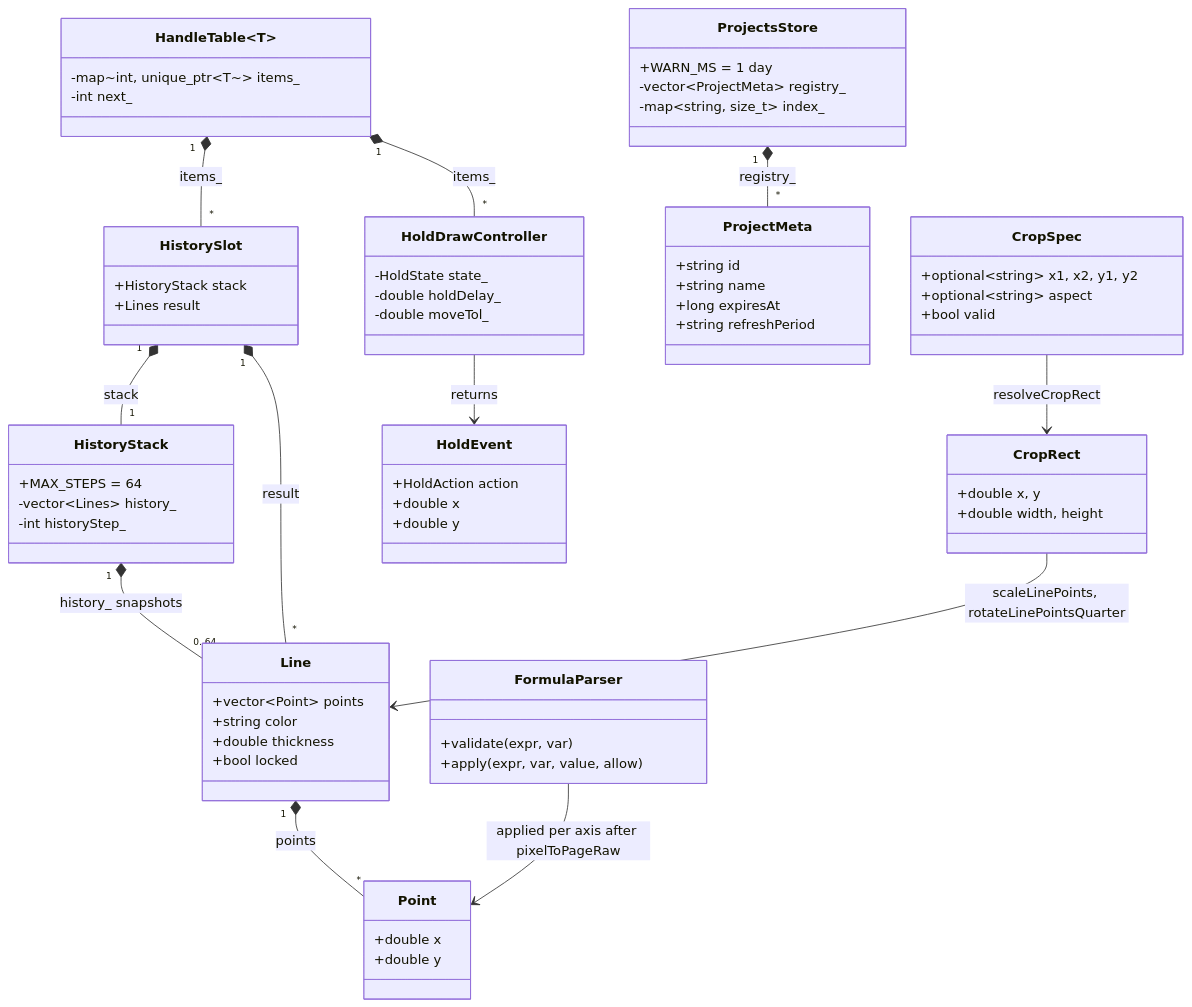
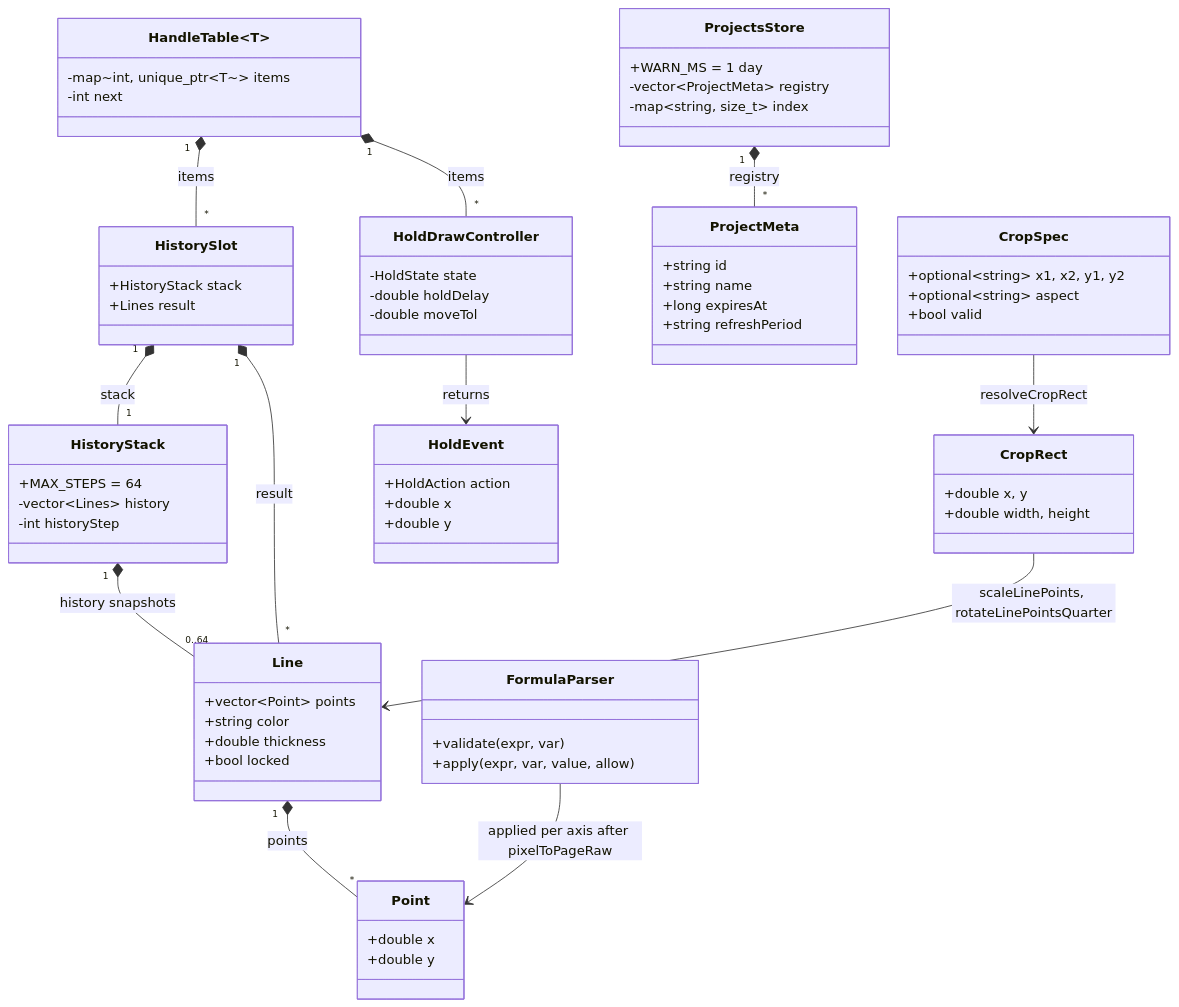
The second of 2 diagrams in core/ARCHITECTURE.md (andrew1407/stencil), drawn with Mermaid before and after one commit. The commit also changed other lines of this file and 22 other files, not shown here.

````diff
--- a/core/ARCHITECTURE.md
+++ b/core/ARCHITECTURE.md
@@ -58,72 +58,72 @@
 ```mermaid
 classDiagram
     class Point {
         +double x
         +double y
     }
     class Line {
         +vector~Point~ points
         +string color
         +double thickness
         +bool locked
     }
     class HistoryStack {
         +MAX_STEPS = 64
-        -vector~Lines~ history_
-        -int historyStep_
+        -vector~Lines~ history
+        -int historyStep
     }
     class HistorySlot {
         +HistoryStack stack
         +Lines result
     }
     class HandleTable~T~ {
-        -map~int, unique_ptr~T~~ items_
-        -int next_
+        -map~int, unique_ptr~T~~ items
+        -int next
     }
     class HoldDrawController {
-        -HoldState state_
-        -double holdDelay_
-        -double moveTol_
+        -HoldState state
+        -double holdDelay
+        -double moveTol
     }
     class HoldEvent {
         +HoldAction action
         +double x
         +double y
     }
     class ProjectMeta {
         +string id
         +string name
         +long expiresAt
         +string refreshPeriod
     }
     class ProjectsStore {
         +WARN_MS = 1 day
-        -vector~ProjectMeta~ registry_
-        -map~string, size_t~ index_
+        -vector~ProjectMeta~ registry
+        -map~string, size_t~ index
     }
     class CropRect {
         +double x, y
         +double width, height
     }
     class CropSpec {
         +optional~string~ x1, x2, y1, y2
         +optional~string~ aspect
         +bool valid
     }
     class FormulaParser {
         +validate(expr, var)
         +apply(expr, var, value, allow)
     }
 
     Line "1" *-- "*" Point : points
-    HistoryStack "1" *-- "0..64" Line : history_ snapshots
+    HistoryStack "1" *-- "0..64" Line : history snapshots
     HistorySlot "1" *-- "1" HistoryStack : stack
     HistorySlot "1" *-- "*" Line : result
-    HandleTable "1" *-- "*" HistorySlot : items_
-    HandleTable "1" *-- "*" HoldDrawController : items_
+    HandleTable "1" *-- "*" HistorySlot : items
+    HandleTable "1" *-- "*" HoldDrawController : items
     HoldDrawController --> HoldEvent : returns
-    ProjectsStore "1" *-- "*" ProjectMeta : registry_
+    ProjectsStore "1" *-- "*" ProjectMeta : registry
     CropSpec --> CropRect : resolveCropRect
     CropRect --> Line : scaleLinePoints, rotateLinePointsQuarter
     FormulaParser --> Point : applied per axis after pixelToPageRaw
 ```
````
